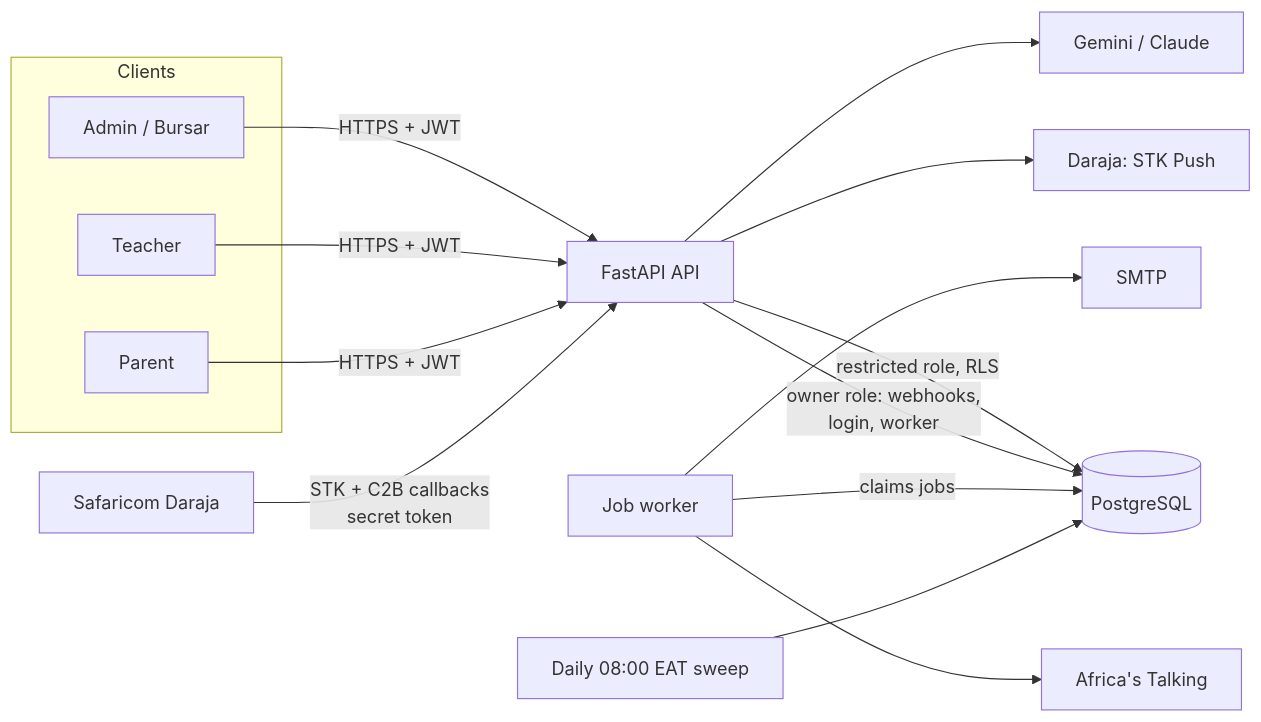
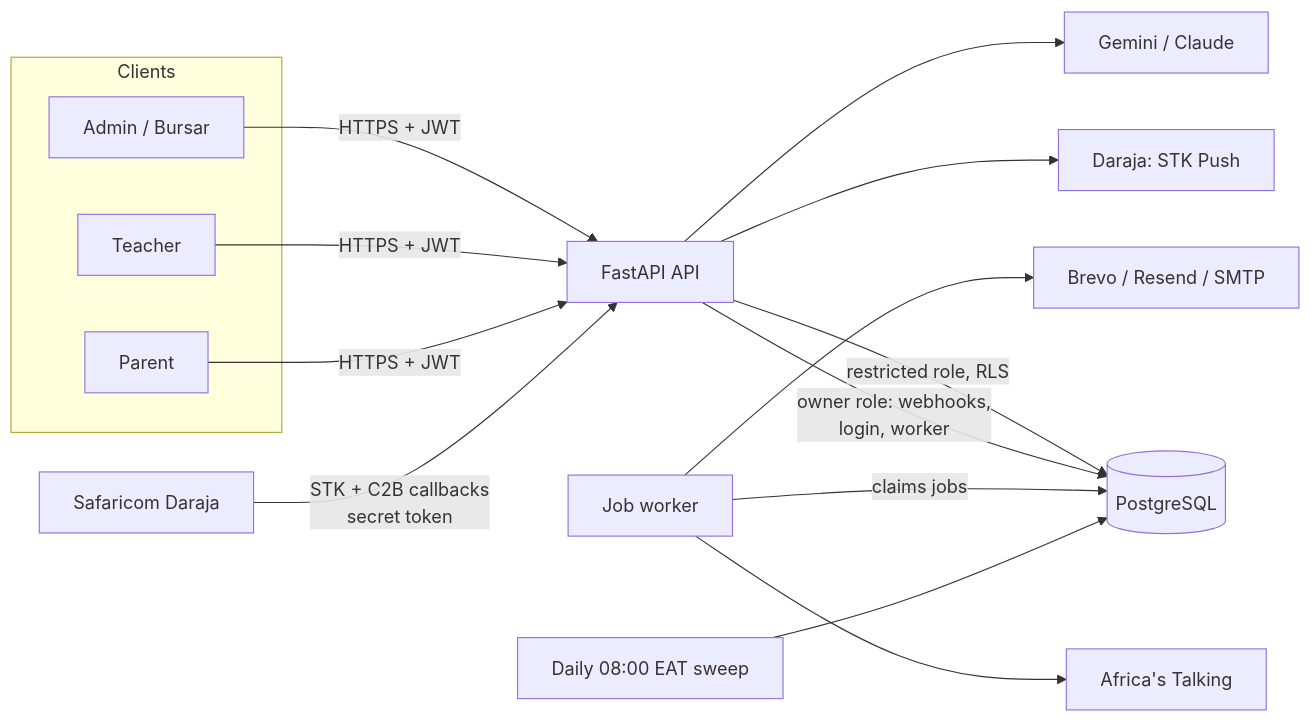
Before and after one commit to Allankw-dev/ledgr: the diagram in README.md, drawn with Mermaid. The commit also changed other lines of this file and 24 other files, not shown here.

Commit message:
fix(email): send over HTTPS (Brevo/Resend) and queue password resets; record STK payment before prompting; M-Pesa amount-mismatch queue; stop leaking Daraja errors

````diff
--- a/README.md
+++ b/README.md
@@ -94,21 +94,21 @@
 ```mermaid
 flowchart LR
     subgraph Clients
       A[Admin / Bursar]
       T[Teacher]
       P[Parent]
     end
 
     A & T & P -->|HTTPS + JWT| API[FastAPI API]
     SAF[Safaricom Daraja] -->|STK + C2B callbacks<br/>secret token| API
 
     API -->|restricted role, RLS| DB[(PostgreSQL)]
     API -->|owner role: webhooks,<br/>login, worker| DB
     API --> STK[Daraja: STK Push]
     API --> LLM[Gemini / Claude]
 
     W[Job worker] -->|claims jobs| DB
     W --> SMS[Africa's Talking]
-    W --> MAIL[SMTP]
+    W --> MAIL[Brevo / Resend / SMTP]
     CRON[Daily 08:00 EAT sweep] --> DB
 ```
````
